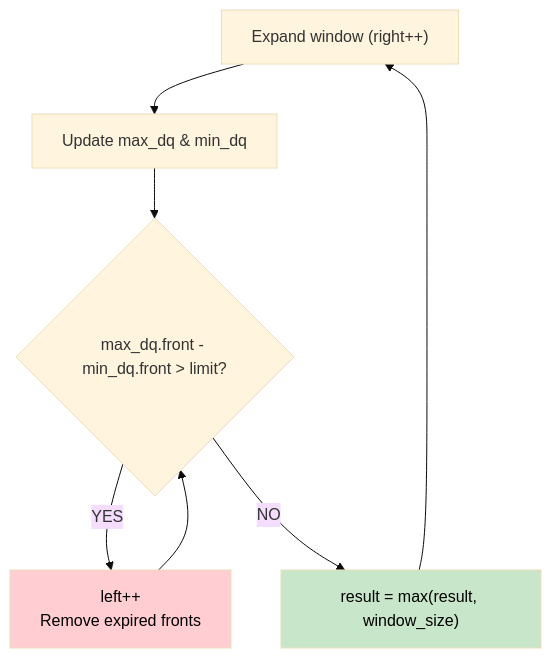
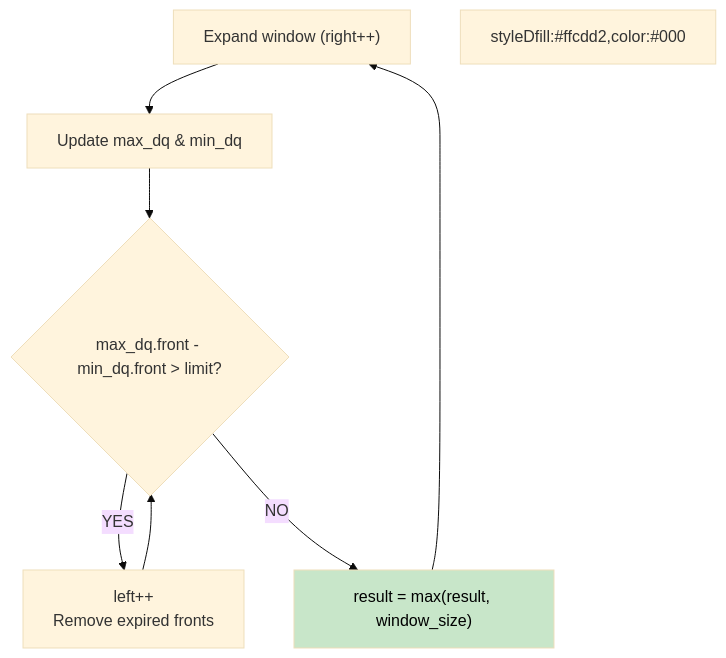
Before and after one commit to vadde/DSA: the diagram in 33 - Monotonic Queue Pattern/problem_05_longest_subarray_abs_diff_walkthrough.md, drawn with Mermaid (base theme). The commit also changed 245 other files, not shown here.

First line of the commit message:
fix: Forensic fix of all Mermaid rendering issues across entire DSA repo + add pre-commit validation infrastructure

````diff
--- a/33 - Monotonic Queue Pattern/problem_05_longest_subarray_abs_diff_walkthrough.md
+++ b/33 - Monotonic Queue Pattern/problem_05_longest_subarray_abs_diff_walkthrough.md
@@ -39,12 +39,12 @@
 ```mermaid
 flowchart TD
     A["Expand window (right++)"] --> B["Update max_dq & min_dq"]
     B --> C{"max_dq.front - min_dq.front > limit?"}
     C -->|YES| D["left++\nRemove expired fronts"]
     D --> C
-    C -->|NO| E["result = max(result, window_size)"]
+C -->|NO| E["result = max(result, window_size)"]
     E --> A
-    
-    style D fill:#ffcdd2,color:#000
+
+styleDfill:#ffcdd2,color:#000
     style E fill:#c8e6c9,color:#000
 ```
````
